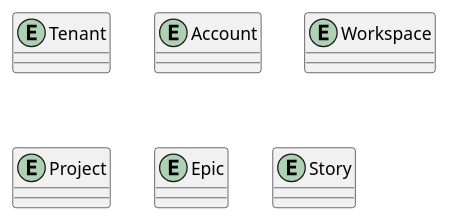
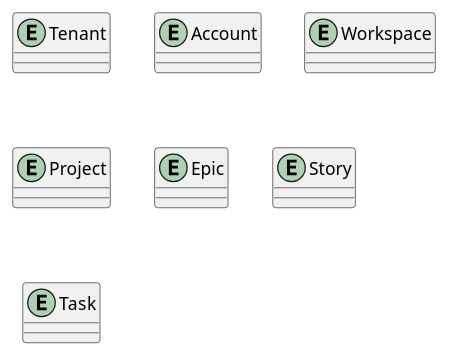
One commit to jairokoning/sprint_manager_uml changed the diagram in entities.plantuml. Above: the diagram before and after it, drawn with PlantUML.

Commit message:
feat: add entity task

```diff
--- a/entities.plantuml
+++ b/entities.plantuml
@@ -1,11 +1,11 @@
 @startuml "entities"
 
 entity Tenant {}
 entity Account {}
 entity Workspace {}
 entity Project {}
 entity Epic {}
 entity Story {}
-
+entity Task {}
 
 @enduml
```
